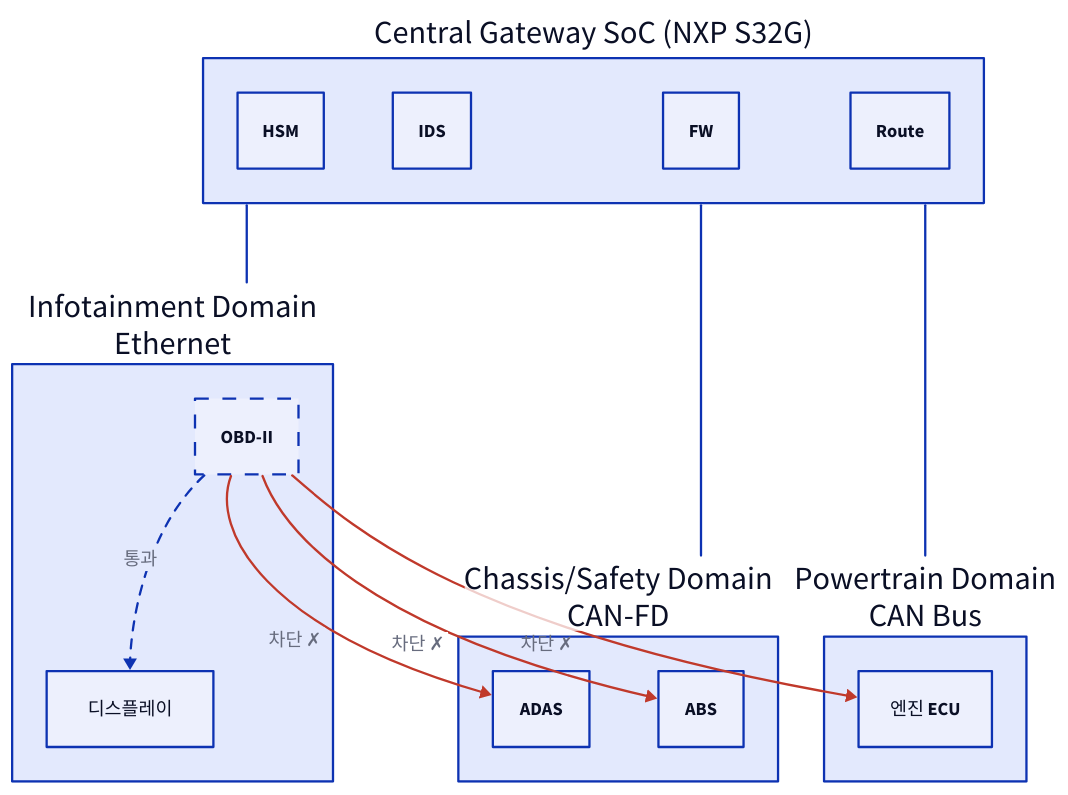
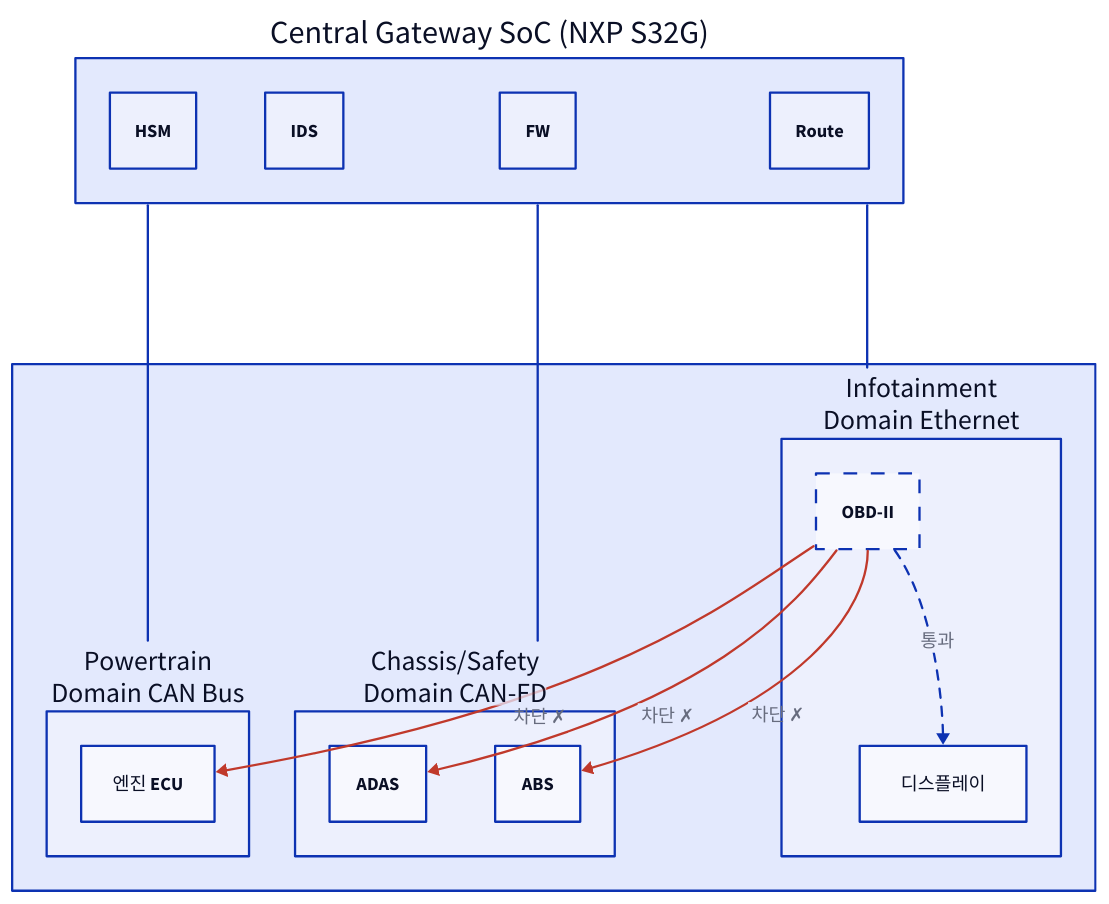
Diagram 12 of 14 in topics/automotive_cybersecurity/docs/02_automotive_soc_security.md (humbleowl39/DV_SKOOL), drawn with D2 before and after one commit. The commit also changed other lines of this file and 90 other files, not shown here.

First line of the commit message:
docs: 전 토픽 다이어그램 정비 — ASCII→D2, mermaid→D2, 과대 D2 가시성 수정

````diff
--- a/topics/automotive_cybersecurity/docs/02_automotive_soc_security.md
+++ b/topics/automotive_cybersecurity/docs/02_automotive_soc_security.md
@@ -488,32 +488,34 @@
 ```d2
 direction: down
 
 GW: "Central Gateway SoC (NXP S32G)" {
+  direction: right
   G_HSM: HSM
   G_IDS: IDS
   G_FW: FW
   G_RT: Route
 }
 
-PT: "Powertrain Domain\nCAN Bus" {
-  ENG: "엔진 ECU"
+DOMAINS: "" {
+  direction: right
+  PT: "Powertrain\nDomain CAN Bus" {
+    ENG: "엔진 ECU"
+  }
+  CH: "Chassis/Safety\nDomain CAN-FD" {
+    ADAS: ADAS
+    ABS: ABS
+  }
+  IN: "Infotainment\nDomain Ethernet" {
+    DISP: 디스플레이
+    OBD: "OBD-II" { style.stroke-dash: 6; style.stroke-width: 2 }
+  }
 }
 
-CH: "Chassis/Safety Domain\nCAN-FD" {
-  ADAS: ADAS
-  ABS: ABS
-}
-
-IN: "Infotainment Domain\nEthernet" {
-  DISP: 디스플레이
-  OBD: "OBD-II" { style.stroke-dash: 6; style.stroke-width: 2 }
-}
-
-GW -- PT
-GW -- CH
-GW -- IN
-IN.OBD -> IN.DISP: "통과" { style.stroke-dash: 4 }
-IN.OBD -> CH.ADAS: "차단 ✗" { style.stroke: "#c0392b" }
-IN.OBD -> CH.ABS: "차단 ✗" { style.stroke: "#c0392b" }
-IN.OBD -> PT.ENG: "차단 ✗" { style.stroke: "#c0392b" }
+GW -- DOMAINS.PT
+GW -- DOMAINS.CH
+GW -- DOMAINS.IN
+DOMAINS.IN.OBD -> DOMAINS.IN.DISP: "통과" { style.stroke-dash: 4 }
+DOMAINS.IN.OBD -> DOMAINS.CH.ADAS: "차단 ✗" { style.stroke: "#c0392b" }
+DOMAINS.IN.OBD -> DOMAINS.CH.ABS: "차단 ✗" { style.stroke: "#c0392b" }
+DOMAINS.IN.OBD -> DOMAINS.PT.ENG: "차단 ✗" { style.stroke: "#c0392b" }
 ```
````
